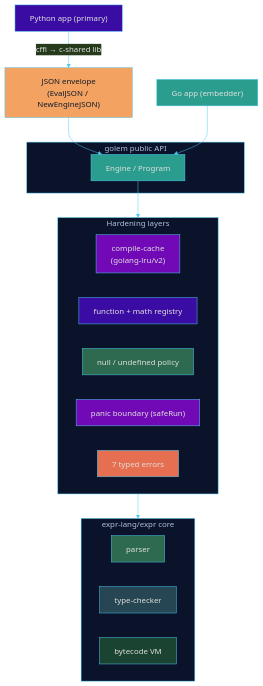
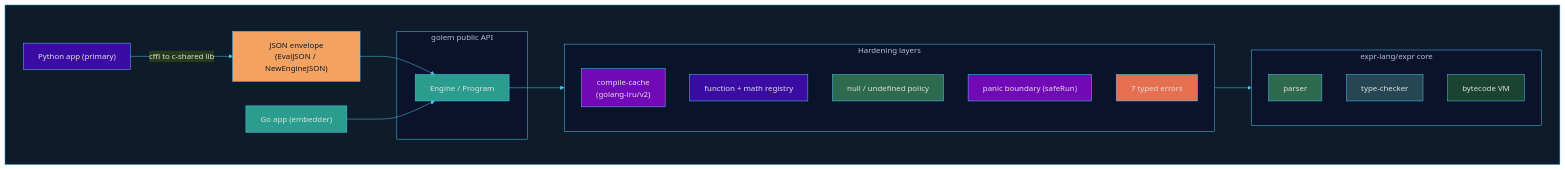
One commit to enchanter-ai/golem changed the first of 2 diagrams in README.md. Above: the diagram before and after it, drawn with Mermaid. The commit also changed other lines of this file and 3 other files, not shown here.

Commit message:
docs: correct the Python-binding narrative to the cffi/c-shared layer; blueprint diagrams

````diff
--- a/README.md
+++ b/README.md
@@ -382,55 +401,59 @@
 ```mermaid
 %%{init: {'theme':'base', 'themeVariables': {'background':'#0d1b2a','primaryColor':'#1b263b','primaryTextColor':'#e0e1dd','primaryBorderColor':'#4cc9f0','lineColor':'#4cc9f0','clusterBkg':'#0b132b','clusterBorder':'#4cc9f0','fontFamily':'ui-monospace, SFMono-Regular, monospace'}}}%%
 flowchart TD
-    PyApp["Python app (primary)"] -->|"cffi → c-shared lib"| ENV["JSON envelope<br/>(EvalJSON / NewEngineJSON)"]
-    ENV --> API
-    GoApp["Go app (embedder)"] --> API
+    subgraph bp[" "]
+        PyApp["Python app (primary)"] -->|"cffi to c-shared lib"| ENV["JSON envelope<br/>(EvalJSON / NewEngineJSON)"]
+        ENV --> API
+        GoApp["Go app (embedder)"] --> API
 
-    subgraph PUBLIC["golem public API"]
-        API["Engine / Program"]
+        subgraph PUBLIC["golem public API"]
+            API["Engine / Program"]
+        end
+
+        API --> HARDEN
+
+        subgraph HARDEN["Hardening layers"]
+            CACHE["compile-cache<br/>(golang-lru/v2)"]
+            REG["function + math registry"]
+            NULLP["null / undefined policy"]
+            PANIC["panic boundary (safeRun)"]
+            ERRS["7 typed errors"]
+        end
+
+        HARDEN --> CORE
+
+        subgraph CORE["expr-lang/expr core"]
+            PARSER["parser"]
+            CHECKER["type-checker"]
+            VM["bytecode VM"]
+        end
     end
 
-    API --> HARDEN
-
-    subgraph HARDEN["Hardening layers"]
-        CACHE["compile-cache<br/>(golang-lru/v2)"]
-        REG["function + math registry"]
-        NULLP["null / undefined policy"]
-        PANIC["panic boundary (safeRun)"]
-        ERRS["7 typed errors"]
-    end
-
-    HARDEN --> CORE
-
-    subgraph CORE["expr-lang/expr core"]
-        PARSER["parser"]
-        CHECKER["type-checker"]
-        VM["bytecode VM"]
-    end
+    style bp fill:#0d1b2a,stroke:#4cc9f0,color:#e0e1dd
 
     classDef py fill:#3a0ca3,stroke:#4cc9f0,color:#e0e1dd;
     classDef envelope fill:#f4a261,stroke:#4cc9f0,color:#0d1b2a;
     classDef go fill:#2a9d8f,stroke:#4cc9f0,color:#e0e1dd;
     classDef api fill:#2a9d8f,stroke:#4cc9f0,color:#e0e1dd;
     classDef cache fill:#7209b7,stroke:#4cc9f0,color:#e0e1dd;
     classDef reg fill:#3a0ca3,stroke:#4cc9f0,color:#e0e1dd;
     classDef nullp fill:#2d6a4f,stroke:#4cc9f0,color:#e0e1dd;
     classDef panic fill:#7209b7,stroke:#4cc9f0,color:#e0e1dd;
     classDef errs fill:#e76f51,stroke:#4cc9f0,color:#e0e1dd;
     classDef parser fill:#2d6a4f,stroke:#4cc9f0,color:#e0e1dd;
     classDef checker fill:#264653,stroke:#4cc9f0,color:#e0e1dd;
     classDef vm fill:#1b4332,stroke:#4cc9f0,color:#e0e1dd;
 
     class PyApp py;
     class ENV envelope;
     class GoApp go;
     class API api;
     class CACHE cache;
     class REG reg;
     class NULLP nullp;
     class PANIC panic;
     class ERRS errs;
     class PARSER parser;
     class CHECKER checker;
     class VM vm;
 ```
````
